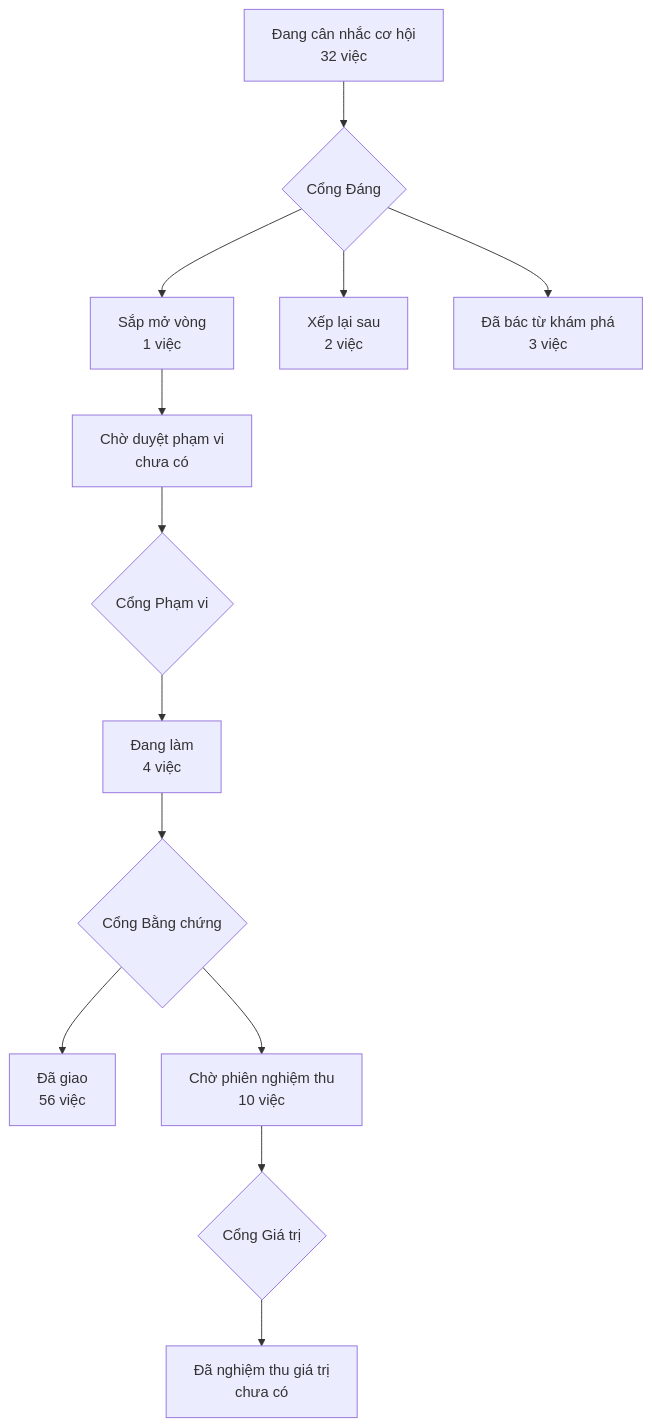
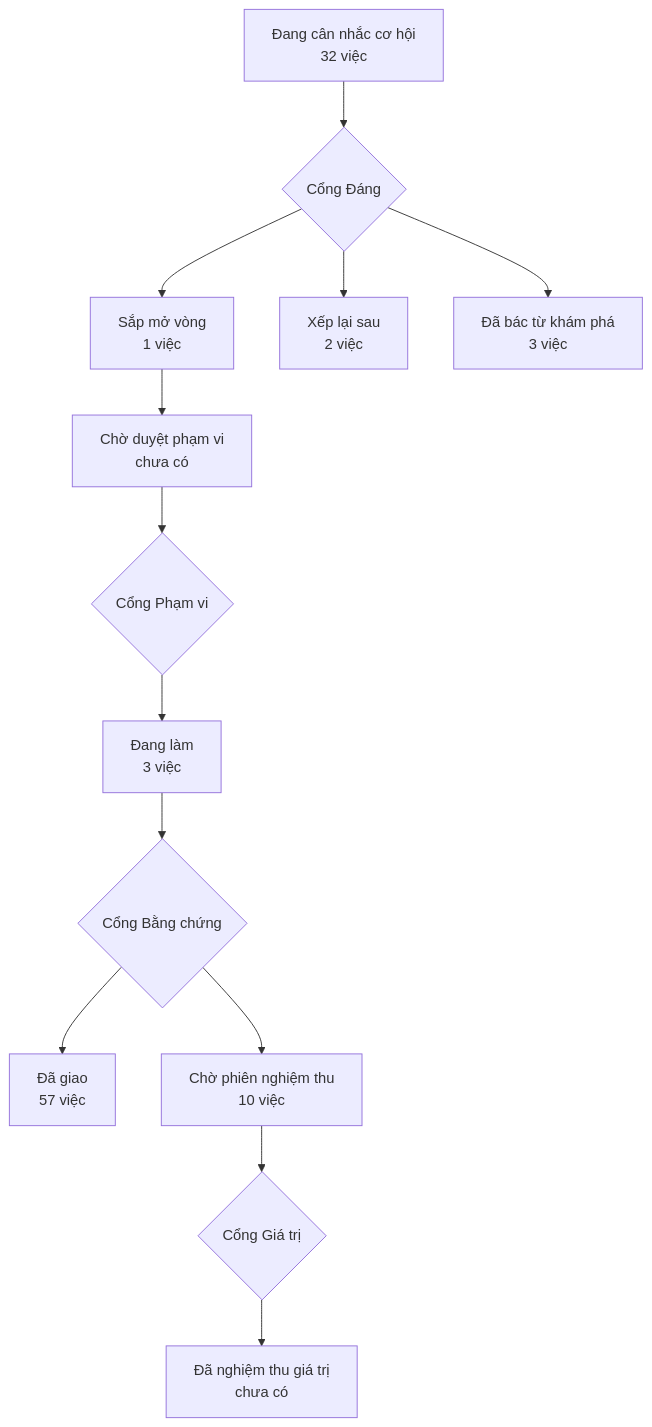
The diagram in PRODUCT-MAP.md (phanlemanh/acceptance-gate-kit), drawn with Mermaid before and after one commit. The commit also changed 4 other files, not shown here.

````diff
--- a/PRODUCT-MAP.md
+++ b/PRODUCT-MAP.md
@@ -6,12 +6,12 @@
 ```mermaid
 flowchart TD
   A["Đang cân nhắc cơ hội<br/>32 việc"] --> GD{"Cổng Đáng"}
   GD --> B["Sắp mở vòng<br/>1 việc"]
   GD --> XL["Xếp lại sau<br/>2 việc"]
   GD --> DB["Đã bác từ khám phá<br/>3 việc"]
   B --> CD["Chờ duyệt phạm vi<br/>chưa có"] --> GP{"Cổng Phạm vi"}
-  GP --> DL["Đang làm<br/>4 việc"] --> GB{"Cổng Bằng chứng"}
-  GB --> DG["Đã giao<br/>56 việc"]
+  GP --> DL["Đang làm<br/>3 việc"] --> GB{"Cổng Bằng chứng"}
+  GB --> DG["Đã giao<br/>57 việc"]
   GB --> CN["Chờ phiên nghiệm thu<br/>10 việc"] --> GG{"Cổng Giá trị"}
   GG --> NT["Đã nghiệm thu giá trị<br/>chưa có"]
 ```
````
